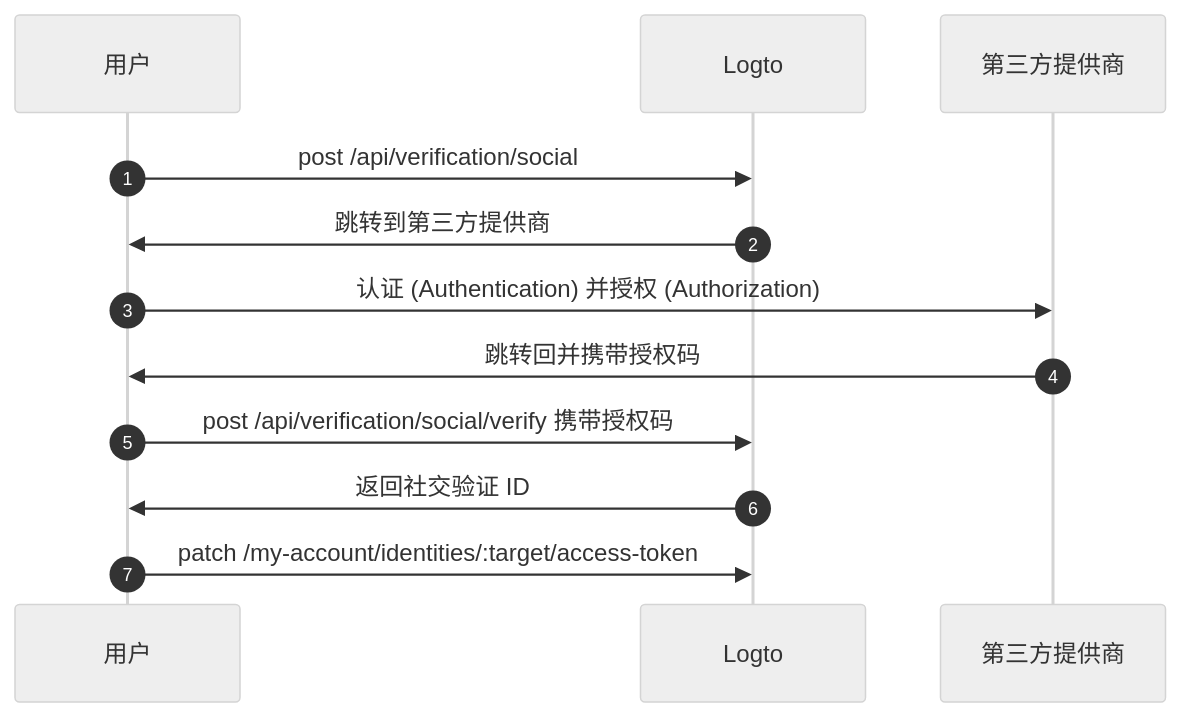
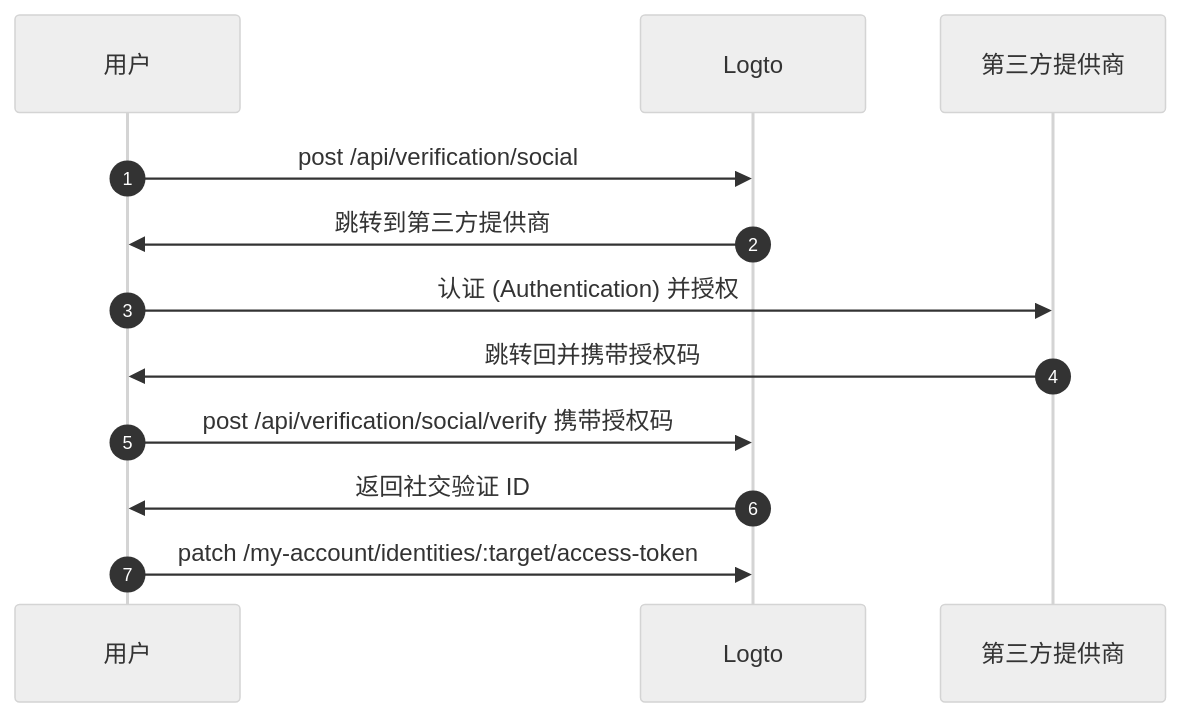
The diagram in i18n/zh-CN/docusaurus-plugin-content-docs/current/secret-vault/federated-token-set.mdx (logto-io/docs), drawn with Mermaid (neutral theme) before and after one commit. The commit also changed other lines of this file and 129 other files, not shown here.

````diff
--- a/i18n/zh-CN/docusaurus-plugin-content-docs/current/secret-vault/federated-token-set.mdx
+++ b/i18n/zh-CN/docusaurus-plugin-content-docs/current/secret-vault/federated-token-set.mdx
@@ -146,16 +146,16 @@
 ```mermaid
 sequenceDiagram
     autonumber
 
     participant User as 用户
     participant Logto as Logto
     participant Provider as 第三方提供商
 
     User->>Logto: post /api/verification/social
     Logto->>User: 跳转到第三方提供商
-    User->>Provider: 认证 (Authentication) 并授权 (Authorization)
+    User->>Provider: 认证 (Authentication) 并授权
     Provider->>User: 跳转回并携带授权码
     User->>Logto: post /api/verification/social/verify 携带授权码
     Logto->>User: 返回社交验证 ID
     User->>Logto: patch /my-account/identities/:target/access-token
 ```
````
